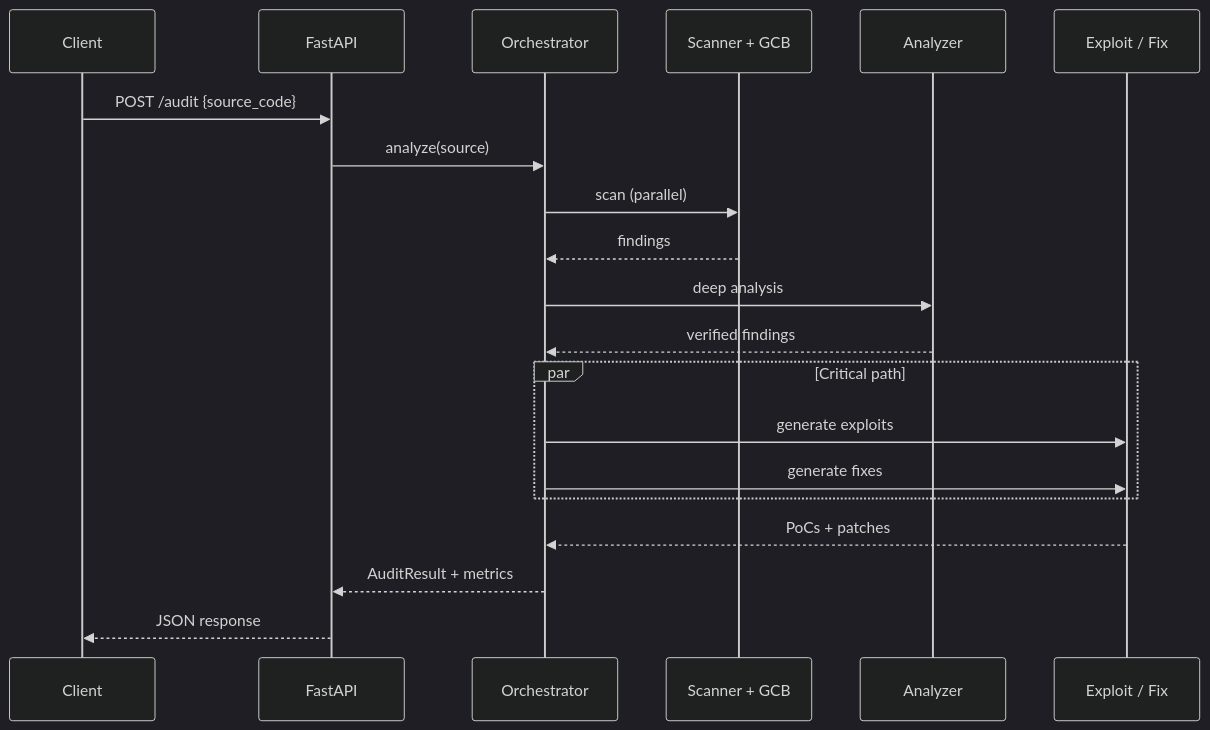
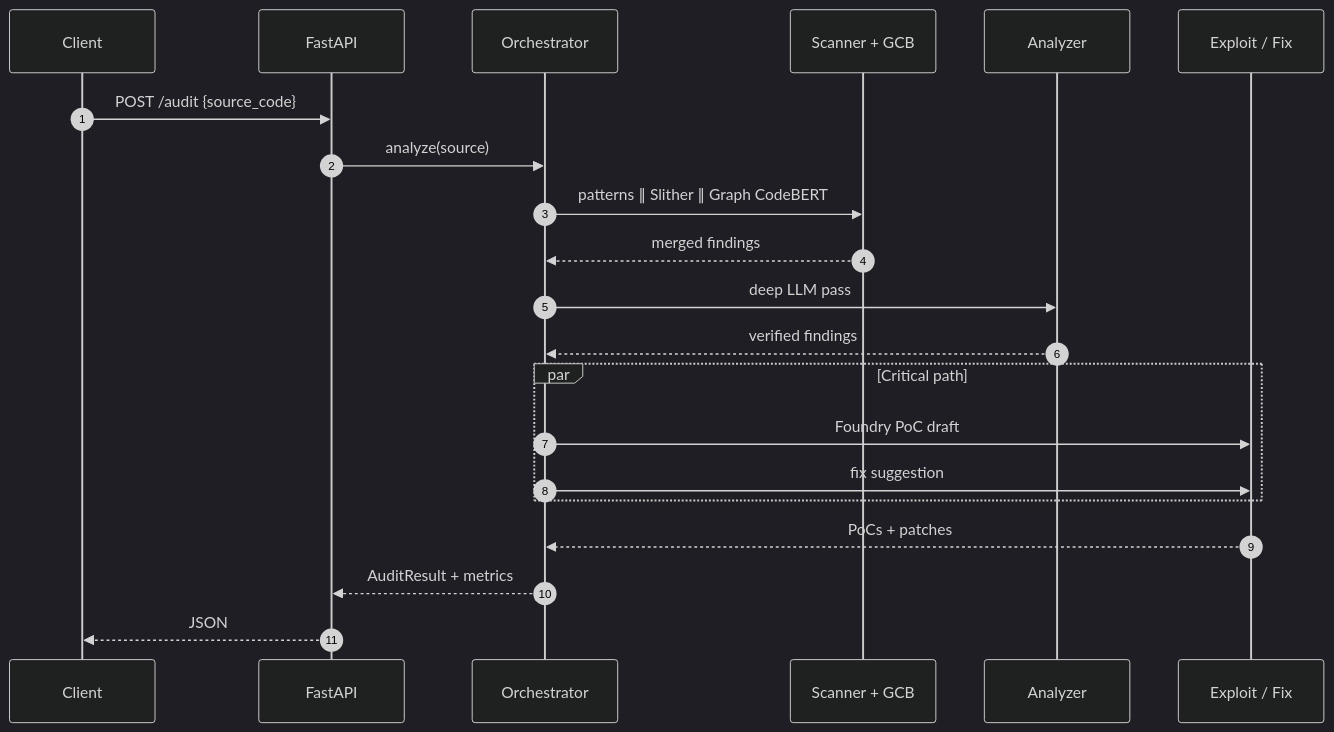
One commit to tanaymitra54/solidity_guard_razorpay changed the fifth of 13 diagrams in README.md. Above: the diagram before and after it, drawn with Mermaid (dark theme). The commit also changed other lines of this file, not shown here.

First line of the commit message:
docs: prize-style README with charts and architecture diagrams

````diff
--- a/README.md
+++ b/README.md
@@ -125,23 +158,24 @@
 ```mermaid
 sequenceDiagram
+    autonumber
     participant C as Client
     participant API as FastAPI
     participant O as Orchestrator
     participant S as Scanner + GCB
     participant A as Analyzer
     participant E as Exploit / Fix
 
     C->>API: POST /audit {source_code}
     API->>O: analyze(source)
-    O->>S: scan (parallel)
-    S-->>O: findings
-    O->>A: deep analysis
+    O->>S: patterns ∥ Slither ∥ Graph CodeBERT
+    S-->>O: merged findings
+    O->>A: deep LLM pass
     A-->>O: verified findings
     par Critical path
-        O->>E: generate exploits
-        O->>E: generate fixes
+        O->>E: Foundry PoC draft
+        O->>E: fix suggestion
     end
     E-->>O: PoCs + patches
     O-->>API: AuditResult + metrics
-    API-->>C: JSON response
+    API-->>C: JSON
 ```
````
